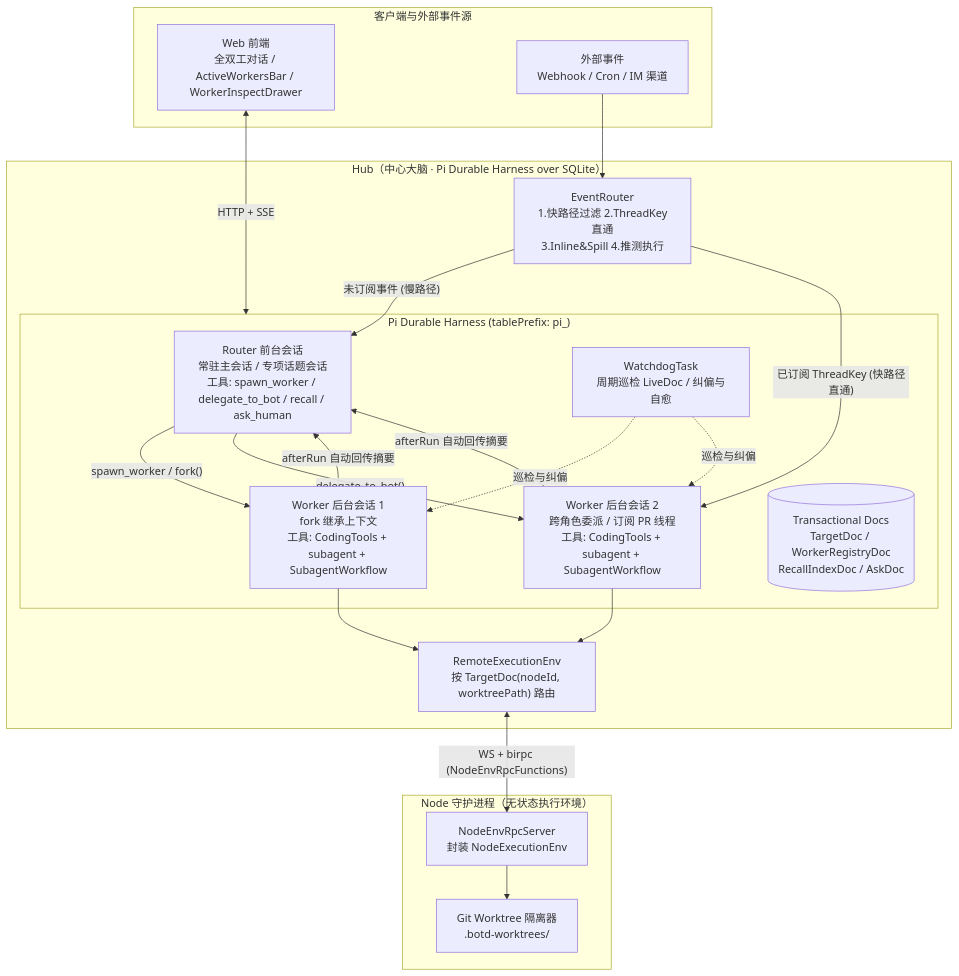
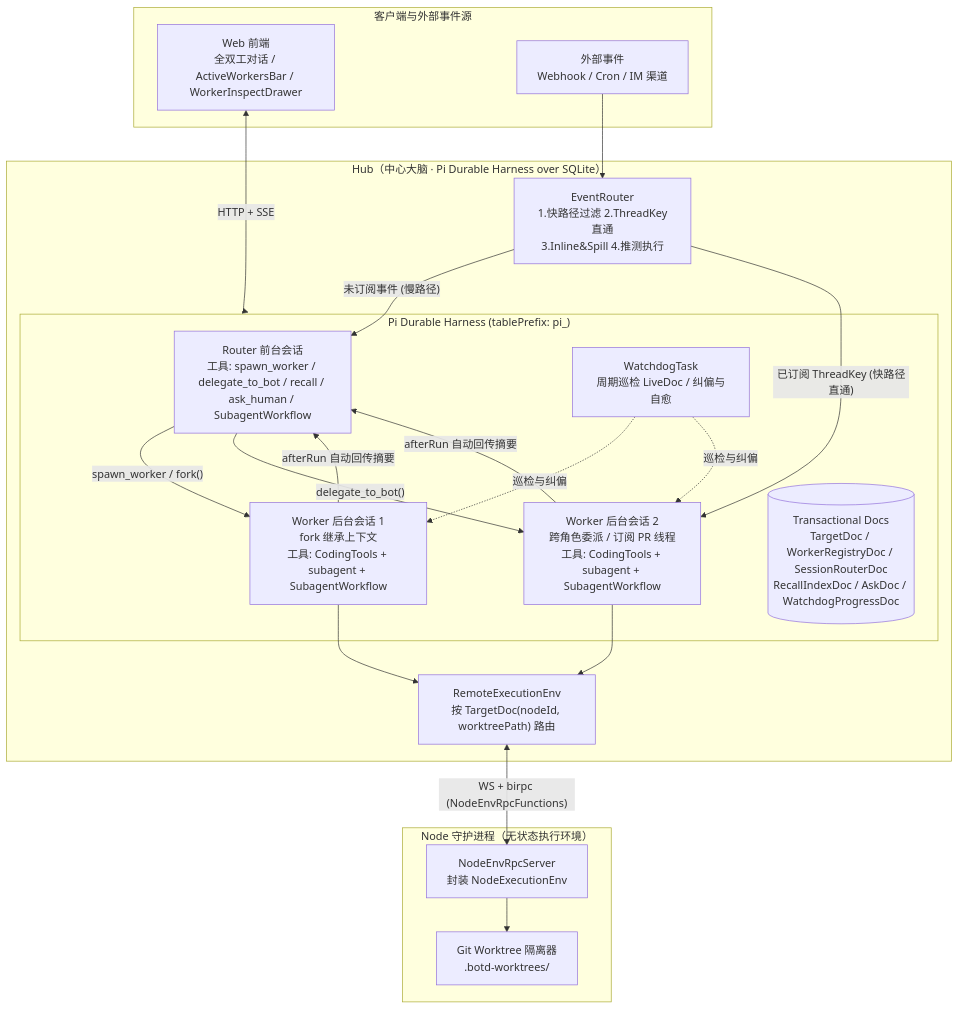
One commit to team4u/botd changed the first of 6 diagrams in docs/architecture.md. Above: the diagram before and after it, drawn with Mermaid. The commit also changed other lines of this file and 21 other files, not shown here.

````diff
--- a/docs/architecture.md
+++ b/docs/architecture.md
@@ -25,36 +25,36 @@
 ```mermaid
 flowchart TB
     subgraph Client["客户端与外部事件源"]
         Web["Web 前端<br/>全双工对话 / ActiveWorkersBar / WorkerInspectDrawer"]
         Ext["外部事件<br/>Webhook / Cron / IM 渠道"]
     end
 
     subgraph Hub["Hub（中心大脑 · Pi Durable Harness over SQLite）"]
         ER["EventRouter<br/>1.快路径过滤 2.ThreadKey直通<br/>3.Inline&Spill 4.推测执行"]
         subgraph Harness["Pi Durable Harness (tablePrefix: pi_)"]
-            R["Router 前台会话<br/>常驻主会话 / 专项话题会话<br/>工具: spawn_worker / delegate_to_bot / recall / ask_human"]
+            R["Router 前台会话<br/>工具: spawn_worker / delegate_to_bot / recall / ask_human / SubagentWorkflow"]
             W1["Worker 后台会话 1<br/>fork 继承上下文<br/>工具: CodingTools + subagent + SubagentWorkflow"]
             W2["Worker 后台会话 2<br/>跨角色委派 / 订阅 PR 线程<br/>工具: CodingTools + subagent + SubagentWorkflow"]
             WD["WatchdogTask<br/>周期巡检 LiveDoc / 纠偏与自愈"]
-            Docs[("Transactional Docs<br/>TargetDoc / WorkerRegistryDoc<br/>RecallIndexDoc / AskDoc")]
+            Docs[("Transactional Docs<br/>TargetDoc / WorkerRegistryDoc / SessionRouterDoc<br/>RecallIndexDoc / AskDoc / WatchdogProgressDoc")]
         end
         REnv["RemoteExecutionEnv<br/>按 TargetDoc(nodeId, worktreePath) 路由"]
     end
 
     subgraph Node["Node 守护进程（无状态执行环境）"]
         EnvSrv["NodeEnvRpcServer<br/>封装 NodeExecutionEnv"]
         WT["Git Worktree 隔离器<br/>.botd-worktrees/<workerId>"]
     end
 
     Web <-->|"HTTP + SSE"| Harness
     Ext --> ER
     ER -->|"未订阅事件 (慢路径)"| R
     ER -->|"已订阅 ThreadKey (快路径直通)"| W2
     R -->|"spawn_worker / fork()"| W1
     R -->|"delegate_to_bot()"| W2
     W1 & W2 -->|"afterRun 自动回传摘要"| R
     WD -.->|"巡检与纠偏"| W1 & W2
     W1 & W2 --> REnv
     REnv <-->|"WS + birpc (NodeEnvRpcFunctions)"| EnvSrv
     EnvSrv --> WT
 ```
````
